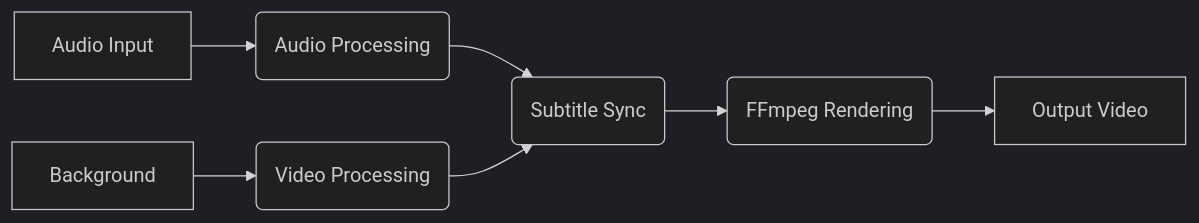
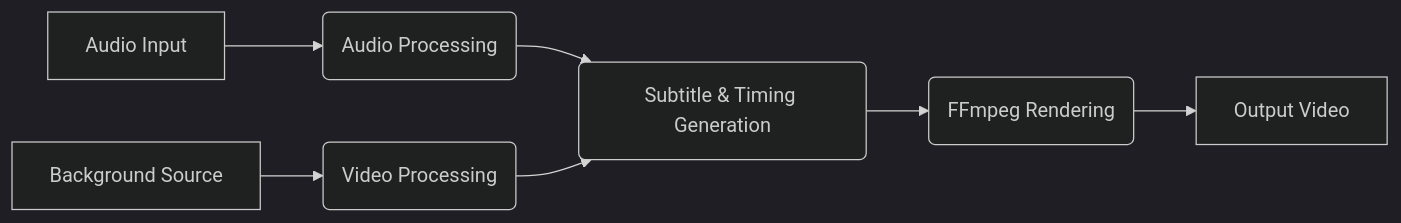
Before and after one commit to modhtom/QVM: the diagram in README.md, drawn with Mermaid (dark theme). The commit also changed other lines of this file and 8 other files, not shown here.

````diff
--- a/README.md
+++ b/README.md
@@ -129,9 +172,9 @@
-   ```mermaid
-   graph LR
-   A[Audio Input] --> B(Audio Processing)
-   C[Background] --> D(Video Processing)
-   B --> E(Subtitle Sync)
-   D --> E
-   E --> F(FFmpeg Rendering)
-   F --> G[Output Video]
-   ```
+    ```mermaid
+    graph LR
+       A[Audio Input] --> B(Audio Processing);
+       C[Background Source] --> D(Video Processing);
+       B --> E(Subtitle & Timing Generation);
+       D --> E;
+       E --> F(FFmpeg Rendering);
+       F --> G[Output Video];
+    ```
````
